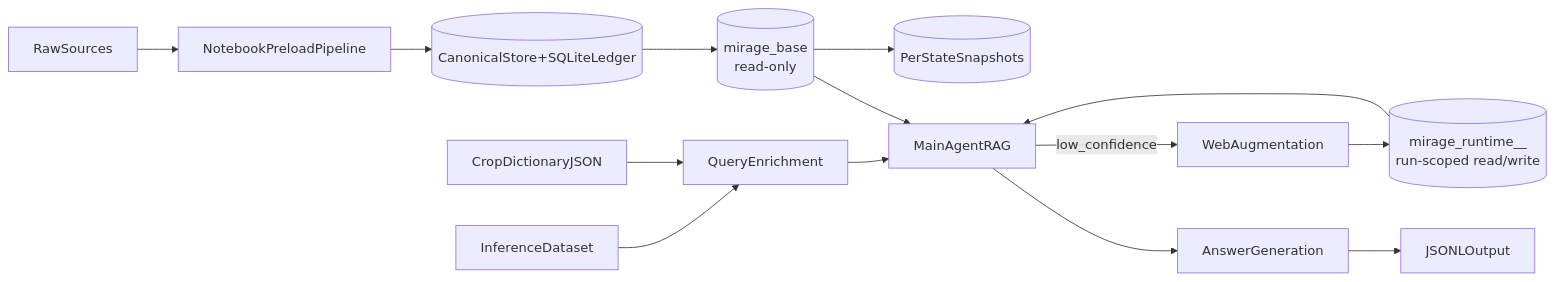
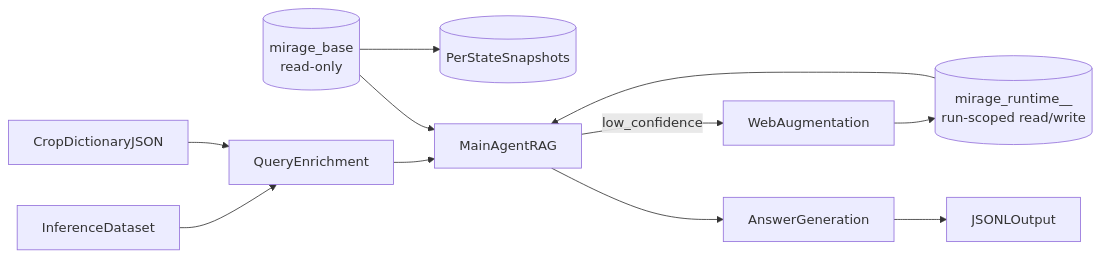
Before and after one commit to shashanksp04/MIRAGE-RAG: the first of 2 diagrams in README.MD, drawn with Mermaid. The commit also changed other lines of this file and 2 other files, not shown here.

````diff
--- a/README.MD
+++ b/README.MD
@@ -15,30 +15,24 @@
 ```mermaid
 flowchart LR
-  rawSources[RawSources]
-  preload[NotebookPreloadPipeline]
-  canonical[(CanonicalStore+SQLiteLedger)]
   base[(mirage_base<br/>read-only)]
   runtime[(mirage_runtime_<ABLATION_ID>_<timestamp><br/>run-scoped read/write)]
   snap[(PerStateSnapshots)]
   cropDict[CropDictionaryJSON]
   dataset[InferenceDataset]
   enrich[QueryEnrichment]
   rag[MainAgentRAG]
   webAug[WebAugmentation]
   gen[AnswerGeneration]
   out[JSONLOutput]
 
-  rawSources --> preload
-  preload --> canonical
-  canonical --> base
   base --> snap
   dataset --> enrich
   cropDict --> enrich
   enrich --> rag
   base --> rag
   runtime --> rag
   rag -->|"low_confidence"| webAug
   webAug --> runtime
   rag --> gen
   gen --> out
 ```
````
